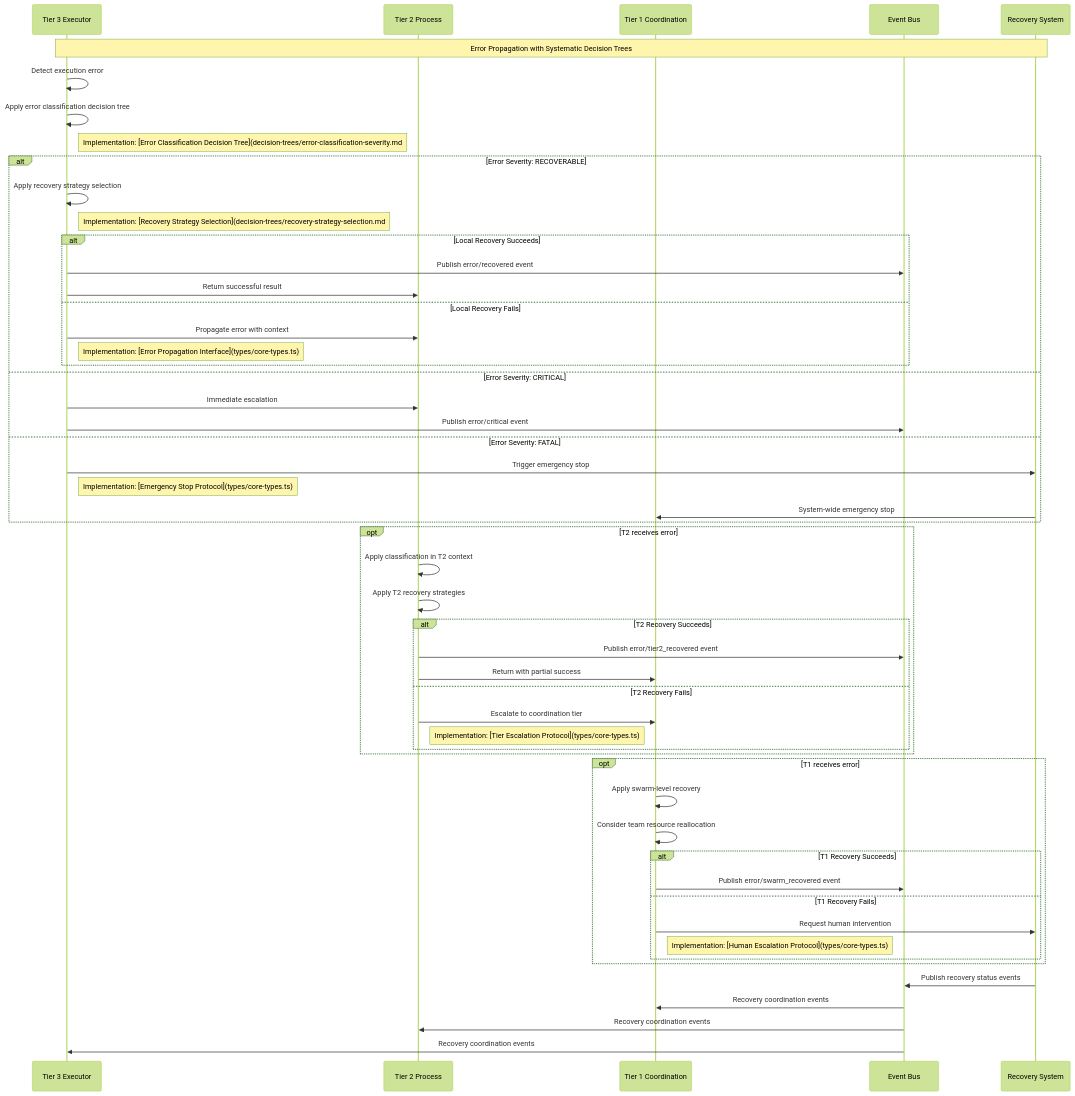
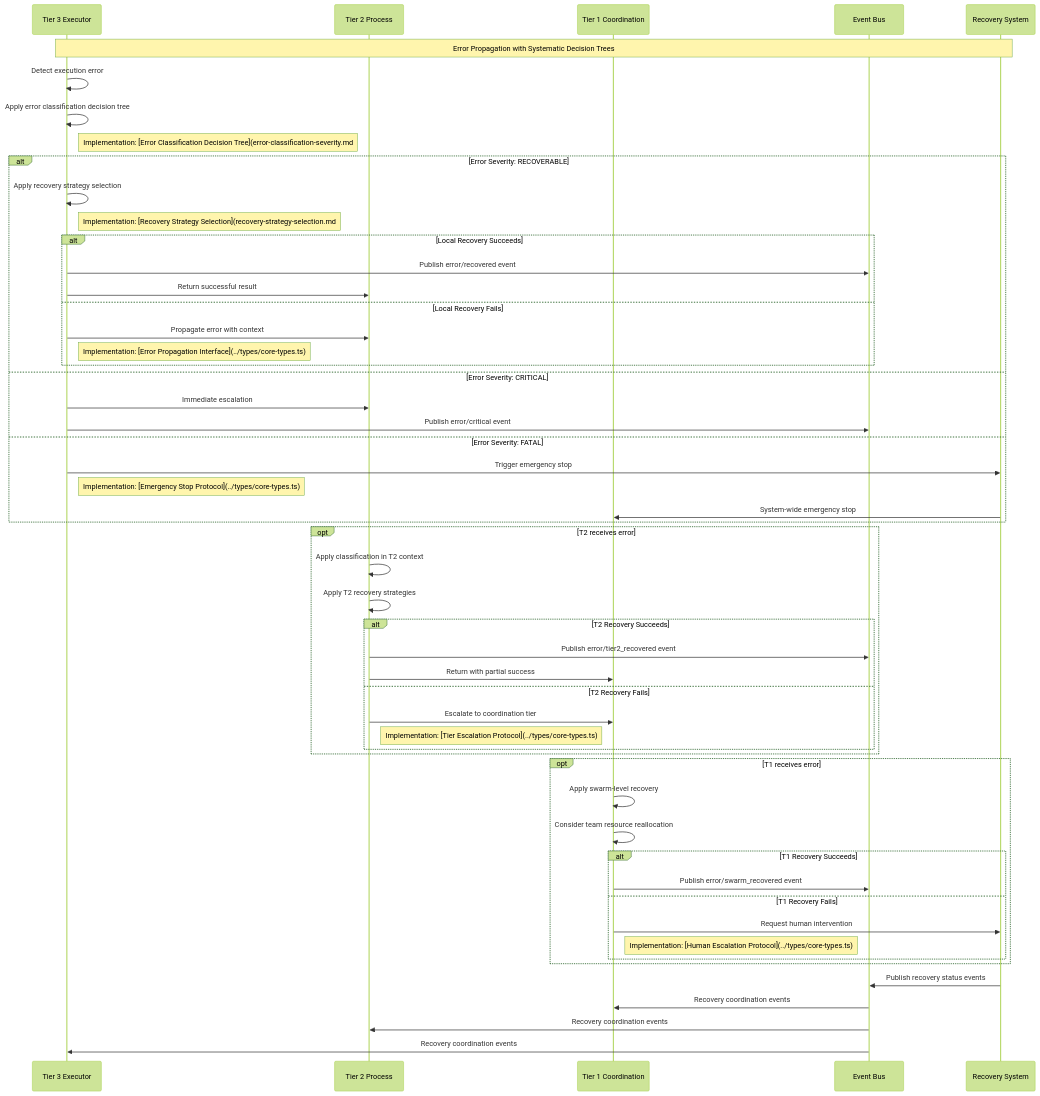
Before and after one commit to Vrooli/Vrooli: the second of 4 diagrams in docs/architecture/execution/resilience/error-propagation.md, drawn with Mermaid (forest theme). The commit also changed other lines of this file and 10 other files, not shown here.

````diff
--- a/docs/architecture/execution/resilience/error-propagation.md
+++ b/docs/architecture/execution/resilience/error-propagation.md
@@ -100,68 +100,68 @@
 ```mermaid
 sequenceDiagram
     participant T3 as Tier 3 Executor
     participant T2 as Tier 2 Process
     participant T1 as Tier 1 Coordination
     participant Events as Event Bus
     participant Recovery as Recovery System
 
     Note over T3,Recovery: Error Propagation with Systematic Decision Trees
 
     %% Error detection and classification
     T3->>T3: Detect execution error
     T3->>T3: Apply error classification decision tree
-    Note right of T3: Implementation: [Error Classification Decision Tree](decision-trees/error-classification-severity.md#severity-decision-tree)
+    Note right of T3: Implementation: [Error Classification Decision Tree](error-classification-severity.md#severity-decision-tree)
     
     alt Error Severity: RECOVERABLE
         T3->>T3: Apply recovery strategy selection
-        Note right of T3: Implementation: [Recovery Strategy Selection](decision-trees/recovery-strategy-selection.md#recovery-strategy-selection-flowchart)
+        Note right of T3: Implementation: [Recovery Strategy Selection](recovery-strategy-selection.md#recovery-strategy-selection-flowchart)
         
         alt Local Recovery Succeeds
             T3->>Events: Publish error/recovered event
             T3->>T2: Return successful result
         else Local Recovery Fails
             T3->>T2: Propagate error with context
-            Note right of T3: Implementation: [Error Propagation Interface](types/core-types.ts)
+            Note right of T3: Implementation: [Error Propagation Interface](../types/core-types.ts)
         end
     else Error Severity: CRITICAL
         T3->>T2: Immediate escalation
         T3->>Events: Publish error/critical event
     else Error Severity: FATAL
         T3->>Recovery: Trigger emergency stop
-        Note right of T3: Implementation: [Emergency Stop Protocol](types/core-types.ts)
+        Note right of T3: Implementation: [Emergency Stop Protocol](../types/core-types.ts)
         Recovery->>T1: System-wide emergency stop
     end
 
     %% Tier 2 processing
     opt T2 receives error
         T2->>T2: Apply classification in T2 context
         T2->>T2: Apply T2 recovery strategies
         
         alt T2 Recovery Succeeds
             T2->>Events: Publish error/tier2_recovered event
             T2->>T1: Return with partial success
         else T2 Recovery Fails
             T2->>T1: Escalate to coordination tier
-            Note right of T2: Implementation: [Tier Escalation Protocol](types/core-types.ts)
+            Note right of T2: Implementation: [Tier Escalation Protocol](../types/core-types.ts)
         end
     end
 
     %% Tier 1 processing
     opt T1 receives error
         T1->>T1: Apply swarm-level recovery
         T1->>T1: Consider team resource reallocation
         
         alt T1 Recovery Succeeds
             T1->>Events: Publish error/swarm_recovered event
         else T1 Recovery Fails
             T1->>Recovery: Request human intervention
-            Note right of T1: Implementation: [Human Escalation Protocol](types/core-types.ts)
+            Note right of T1: Implementation: [Human Escalation Protocol](../types/core-types.ts)
         end
     end
 
     %% System recovery coordination
     Recovery->>Events: Publish recovery status events
     Events->>T1: Recovery coordination events
     Events->>T2: Recovery coordination events  
     Events->>T3: Recovery coordination events
 ```
````
